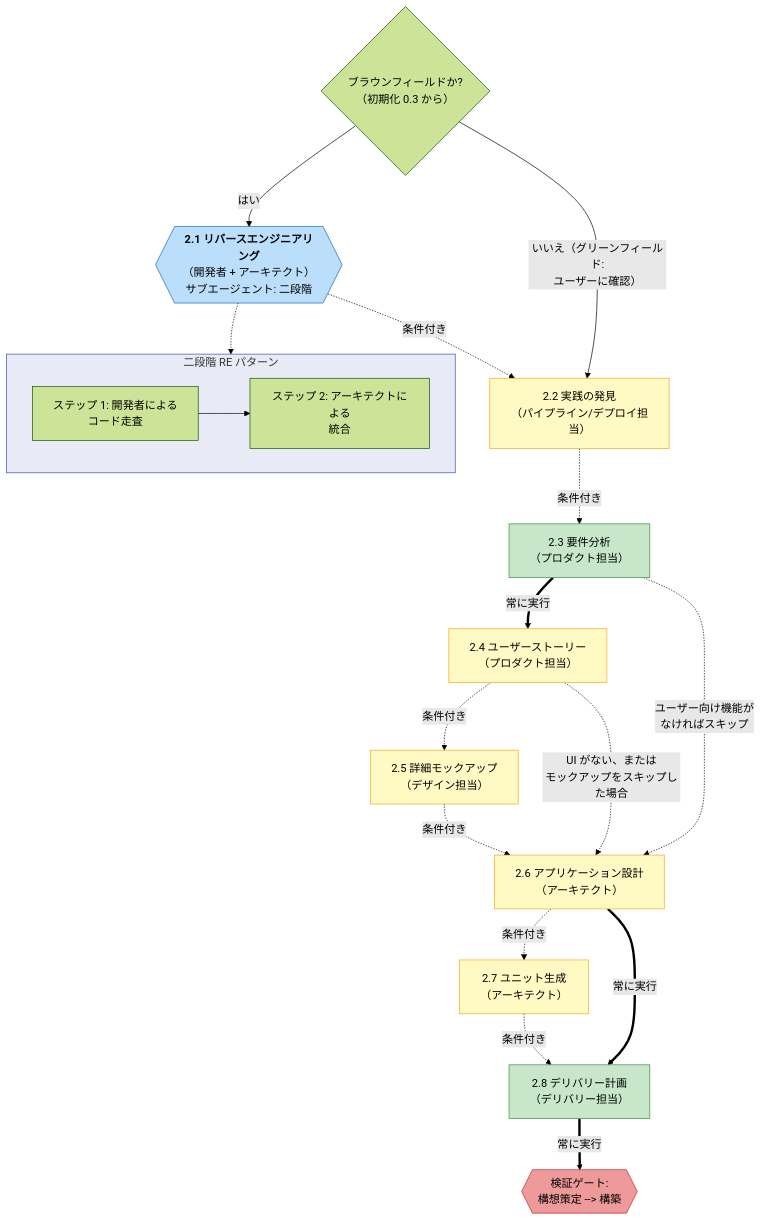
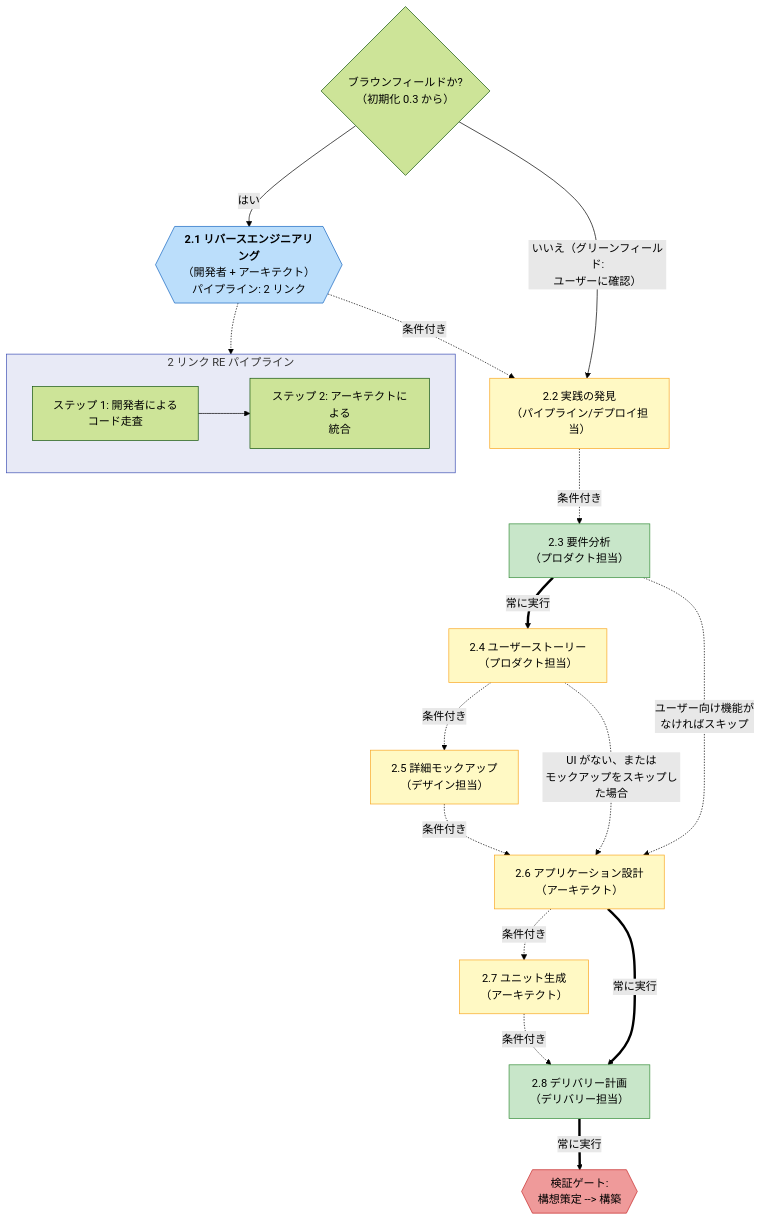
The third of 12 diagrams in docs/reference/diagrams.mdx (otomatty/aidlc-workflows-docs), drawn with Mermaid (forest theme) before and after one commit. The commit also changed other lines of this file and 71 other files, not shown here.

````diff
--- a/docs/reference/diagrams.mdx
+++ b/docs/reference/diagrams.mdx
@@ -115,50 +115,50 @@
 ```mermaid
 flowchart TD
     S21{{"`**2.1 リバースエンジニアリング**
     （開発者 + アーキテクト）
-    サブエージェント: 二段階`"}}
+    パイプライン: 2 リンク`"}}
     S22A["2.2 実践の発見\n（パイプライン/デプロイ担当）"]
     S22["2.3 要件分析\n（プロダクト担当）"]
     S23["2.4 ユーザーストーリー\n（プロダクト担当）"]
     S24["2.5 詳細モックアップ\n（デザイン担当）"]
     S25["2.6 アプリケーション設計\n（アーキテクト）"]
     S26["2.7 ユニット生成\n（アーキテクト）"]
     S27["2.8 デリバリー計画\n（デリバリー担当）"]
     VG2{{"検証ゲート:\n構想策定 --> 構築"}}
 
     BF_CHECK{"ブラウンフィールドか?\n（初期化 0.3 から）"}
     BF_CHECK -->|はい| S21
     BF_CHECK -->|"いいえ（グリーンフィールド:\nユーザーに確認）"| S22A
     S21 -.->|条件付き| S22A
     S22A -.->|条件付き| S22
 
-    subgraph RE_DETAIL["二段階 RE パターン"]
+    subgraph RE_DETAIL["2 リンク RE パイプライン"]
         direction LR
         DEV_SCAN["ステップ 1: 開発者による\nコード走査"]
         ARCH_SYNTH["ステップ 2: アーキテクトによる\n統合"]
         DEV_SCAN --> ARCH_SYNTH
     end
 
     S21 -.-> RE_DETAIL
 
     S22 ==>|常に実行| S23
     S22 -.->|"ユーザー向け機能が\nなければスキップ"| S25
     S23 -.->|条件付き| S24
     S23 -.->|"UI がない、または\nモックアップをスキップした場合"| S25
     S24 -.->|条件付き| S25
     S25 -.->|条件付き| S26
     S25 ==>|常に実行| S27
     S26 -.->|条件付き| S27
     S27 ==>|常に実行| VG2
 
     style S21 fill:#bbdefb,stroke:#1565c0
     style S22 fill:#c8e6c9,stroke:#388e3c
     style S27 fill:#c8e6c9,stroke:#388e3c
     style S22A fill:#fff9c4,stroke:#f9a825
     style S23 fill:#fff9c4,stroke:#f9a825
     style S24 fill:#fff9c4,stroke:#f9a825
     style S25 fill:#fff9c4,stroke:#f9a825
     style S26 fill:#fff9c4,stroke:#f9a825
     style VG2 fill:#ef9a9a,stroke:#c62828
     style RE_DETAIL fill:#e8eaf6,stroke:#3f51b5
 ```
````
